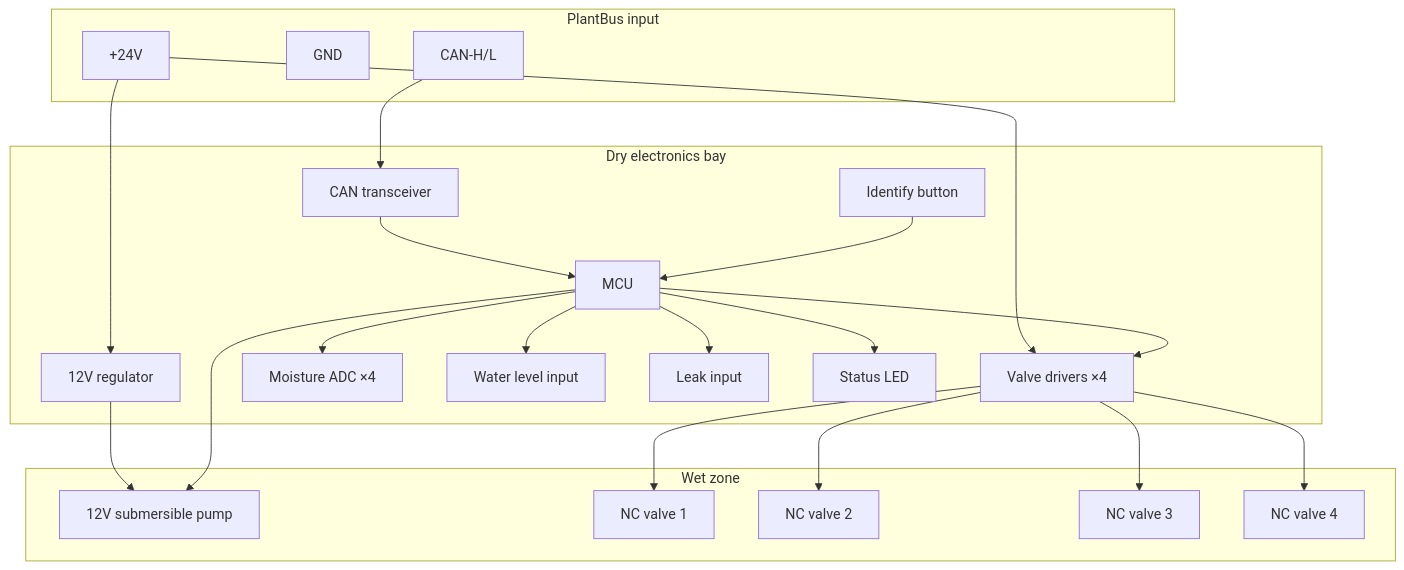
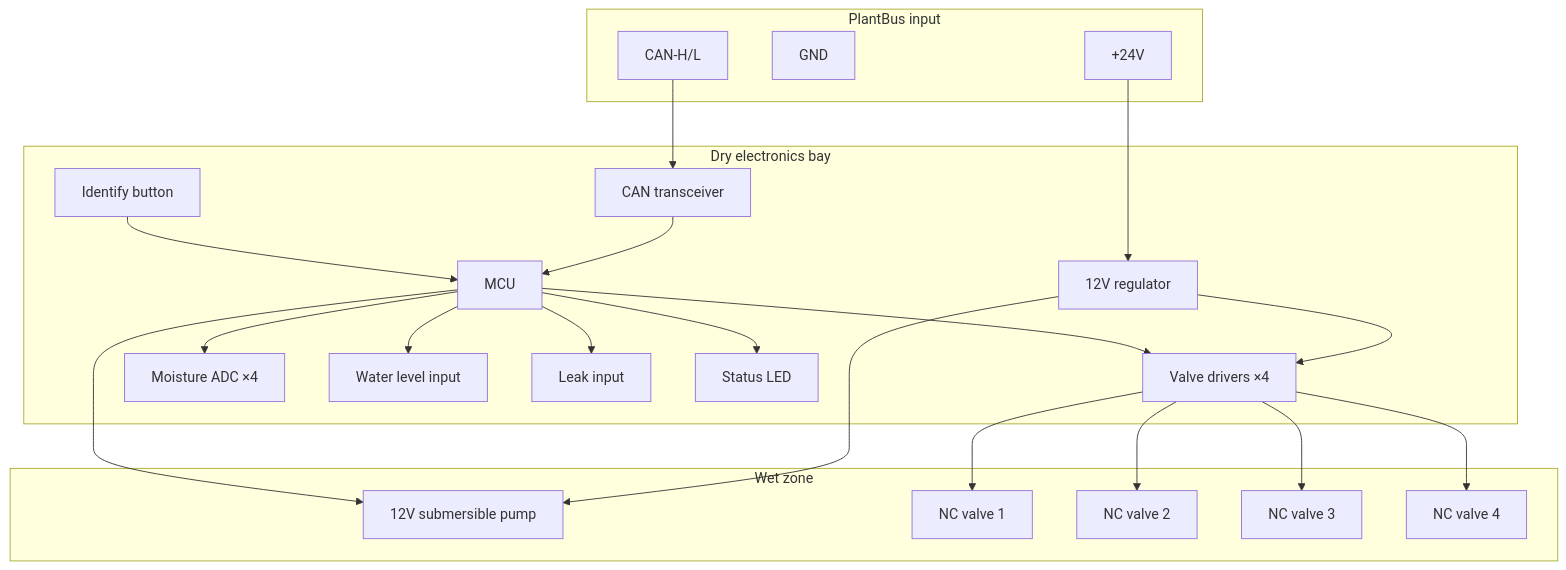
The diagram in docs/hardware/irrigation-module.md (danalexilewis/plant-ark), drawn with Mermaid before and after one commit. The commit also changed 36 other files, not shown here.

````diff
--- a/docs/hardware/irrigation-module.md
+++ b/docs/hardware/irrigation-module.md
@@ -59,40 +59,40 @@
 ```mermaid
 flowchart TB
     subgraph bus [PlantBus input]
         V24[+24V]
         GND[GND]
         CAN[CAN-H/L]
     end
 
     subgraph dry [Dry electronics bay]
         MCU[MCU]
         Reg[12V regulator]
         ValveDrv[Valve drivers ×4]
         SensorIn[Moisture ADC ×4]
         LevelSens[Water level input]
         LeakSens[Leak input]
         Btn[Identify button]
         LED[Status LED]
         CANTrans[CAN transceiver]
     end
 
     subgraph wet [Wet zone]
         Pump[12V submersible pump]
         V1[NC valve 1]
         V2[NC valve 2]
         V3[NC valve 3]
         V4[NC valve 4]
     end
 
     V24 --> Reg
-    V24 --> ValveDrv
+    Reg --> ValveDrv
     Reg --> Pump
     CAN --> CANTrans --> MCU
     MCU --> ValveDrv --> V1 & V2 & V3 & V4
     MCU --> Pump
     MCU --> SensorIn
     MCU --> LevelSens
     MCU --> LeakSens
     Btn --> MCU
     MCU --> LED
 ```
````
